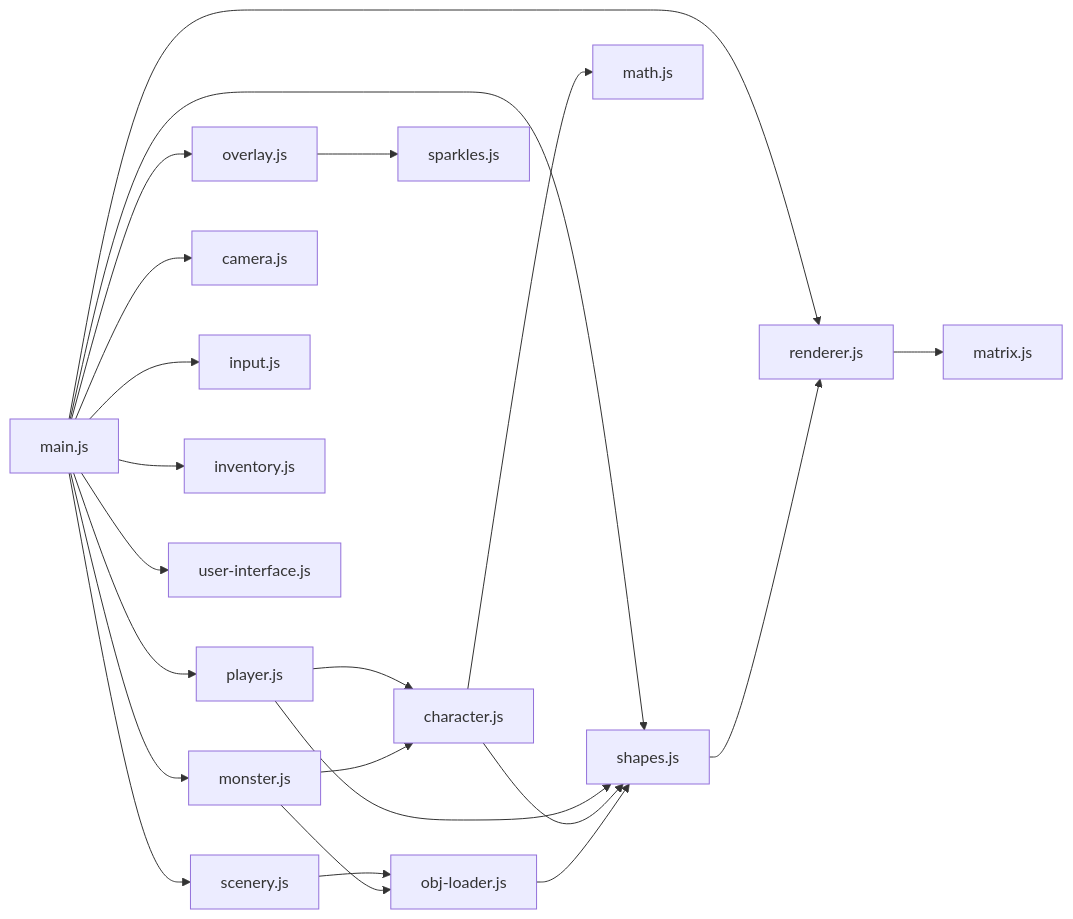
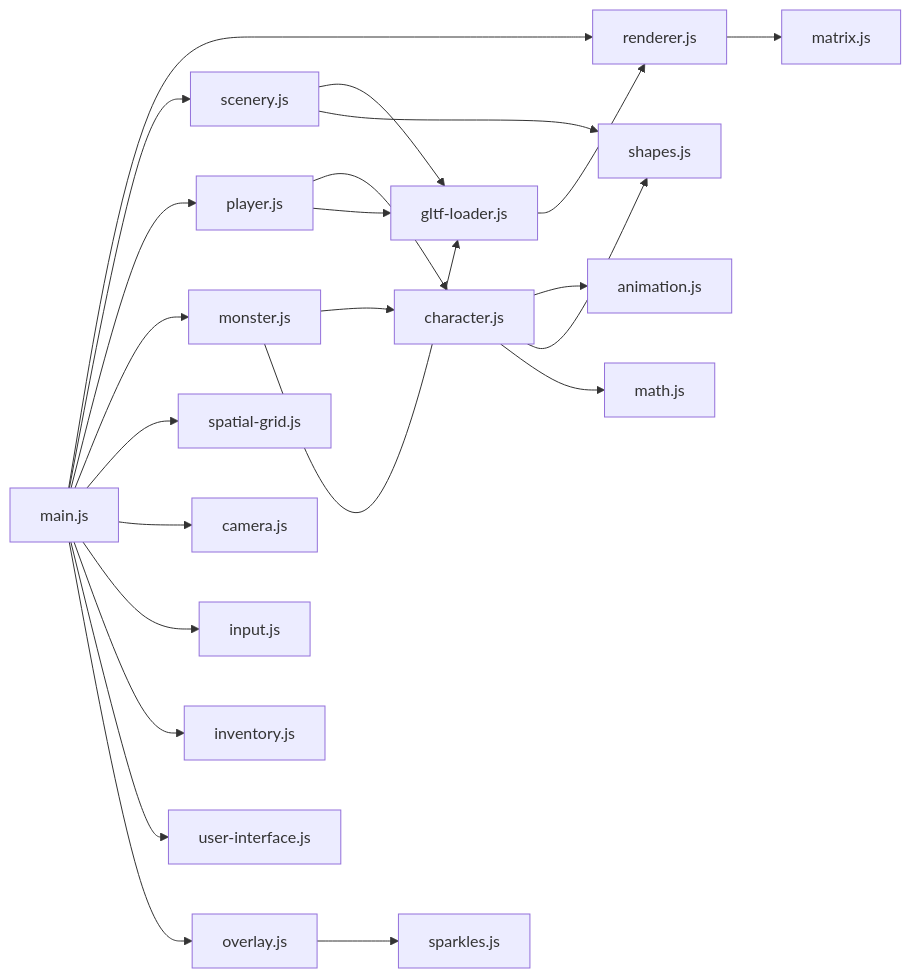
One commit to rockie-yang/Quick_3D_RPG changed the second of 2 diagrams in docs/03-architecture.md. Above: the diagram before and after it, drawn with Mermaid. The commit also changed other lines of this file and 110 other files, not shown here.

First line of the commit message:
Use the original models again: glTF loader, skeletal animation, grid

````diff
--- a/docs/03-architecture.md
+++ b/docs/03-architecture.md
@@ -106,19 +114,20 @@
 ```mermaid
 flowchart LR
     Main["main.js"] --> Renderer["renderer.js"] --> Matrix["matrix.js"]
-    Main --> Scenery["scenery.js"] --> ObjLoader["obj-loader.js"]
+    Main --> Scenery["scenery.js"] --> GltfLoader["gltf-loader.js"]
     Main --> Player["player.js"] --> Character["character.js"]
     Main --> Monster["monster.js"] --> Character
-    Monster --> ObjLoader
+    Monster --> GltfLoader
+    Player --> GltfLoader
+    Main --> Grid["spatial-grid.js"]
+    Character --> Animation["animation.js"]
     Main --> Camera["camera.js"]
     Main --> Input["input.js"]
     Main --> Inventory["inventory.js"]
     Main --> UserInterface["user-interface.js"]
     Main --> Overlay["overlay.js"] --> Sparkles["sparkles.js"]
-    Main --> Shapes["shapes.js"]
-    Player --> Shapes
+    Scenery --> Shapes["shapes.js"]
     Character --> Shapes
-    Shapes --> Renderer
-    ObjLoader --> Shapes
+    GltfLoader --> Renderer
     Character --> MathFile["math.js"]
 ```
````
